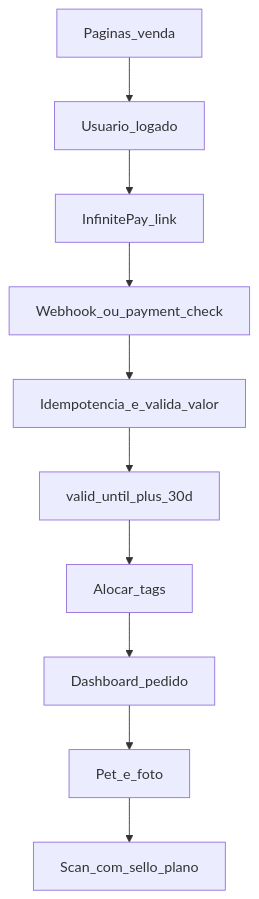
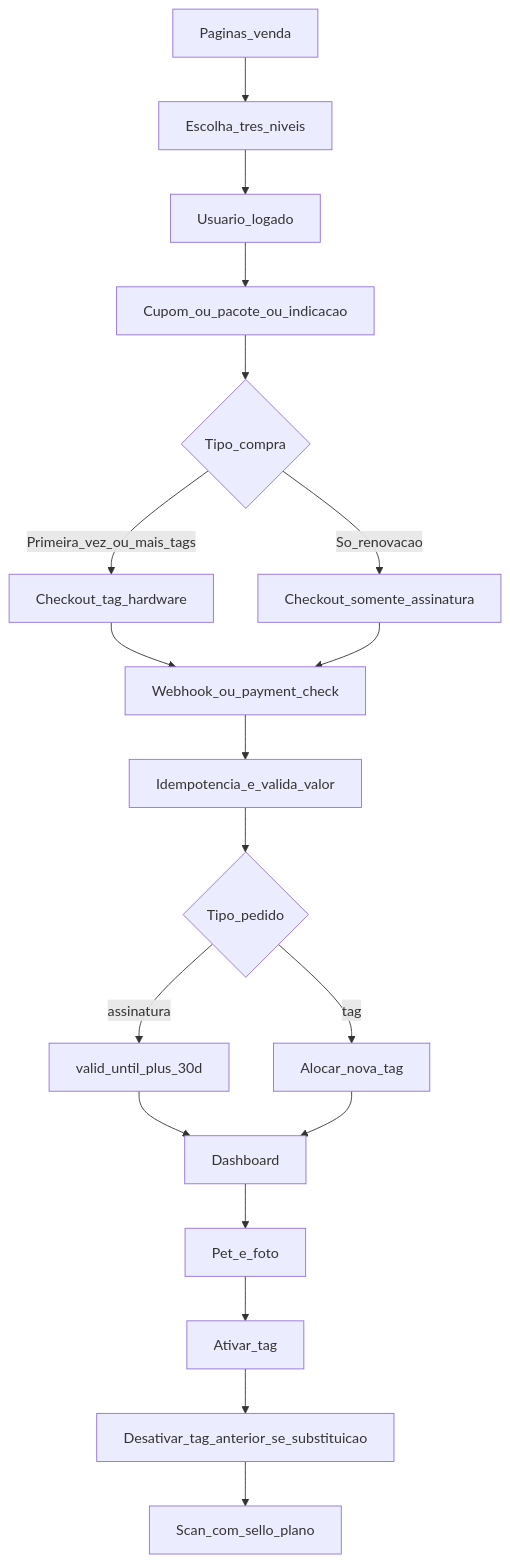
Before and after one commit to Trindadelucas0/AIRPET: the diagram in .cursor/plans/tag_nfc_paga_e_dashboard_e72210c9.plan.md, drawn with Mermaid. The commit also changed other lines of this file and 13 other files, not shown here.

````diff
--- a/.cursor/plans/tag_nfc_paga_e_dashboard_e72210c9.plan.md
+++ b/.cursor/plans/tag_nfc_paga_e_dashboard_e72210c9.plan.md
@@ -168,12 +218,21 @@
 ```mermaid
 flowchart TD
-  Venda[Paginas_venda] --> Auth[Usuario_logado]
-  Auth --> Checkout[InfinitePay_link]
-  Checkout --> WH[Webhook_ou_payment_check]
+  Venda[Paginas_venda] --> Planos[Escolha_tres_niveis]
+  Planos --> Auth[Usuario_logado]
+  Auth --> Promo[Cupom_ou_pacote_ou_indicacao]
+  Promo --> Tipo{Tipo_compra}
+  Tipo -->|Primeira_vez_ou_mais_tags| CheckoutTag[Checkout_tag_hardware]
+  Tipo -->|So_renovacao| CheckoutSub[Checkout_somente_assinatura]
+  CheckoutTag --> WH[Webhook_ou_payment_check]
+  CheckoutSub --> WH
   WH --> Idem[Idempotencia_e_valida_valor]
-  Idem --> Extend[valid_until_plus_30d]
-  Extend --> Aloca[Alocar_tags]
-  Aloca --> Dash[Dashboard_pedido]
+  Idem --> Branch{Tipo_pedido}
+  Branch -->|assinatura| Extend[valid_until_plus_30d]
+  Branch -->|tag| Aloca[Alocar_nova_tag]
+  Extend --> Dash[Dashboard]
+  Aloca --> Dash
   Dash --> Personaliza[Pet_e_foto]
-  Personaliza --> Scan[Scan_com_sello_plano]
+  Personaliza --> Ativar[Ativar_tag]
+  Ativar --> DesativaAnt[Desativar_tag_anterior_se_substituicao]
+  DesativaAnt --> Scan[Scan_com_sello_plano]
 ```
````
